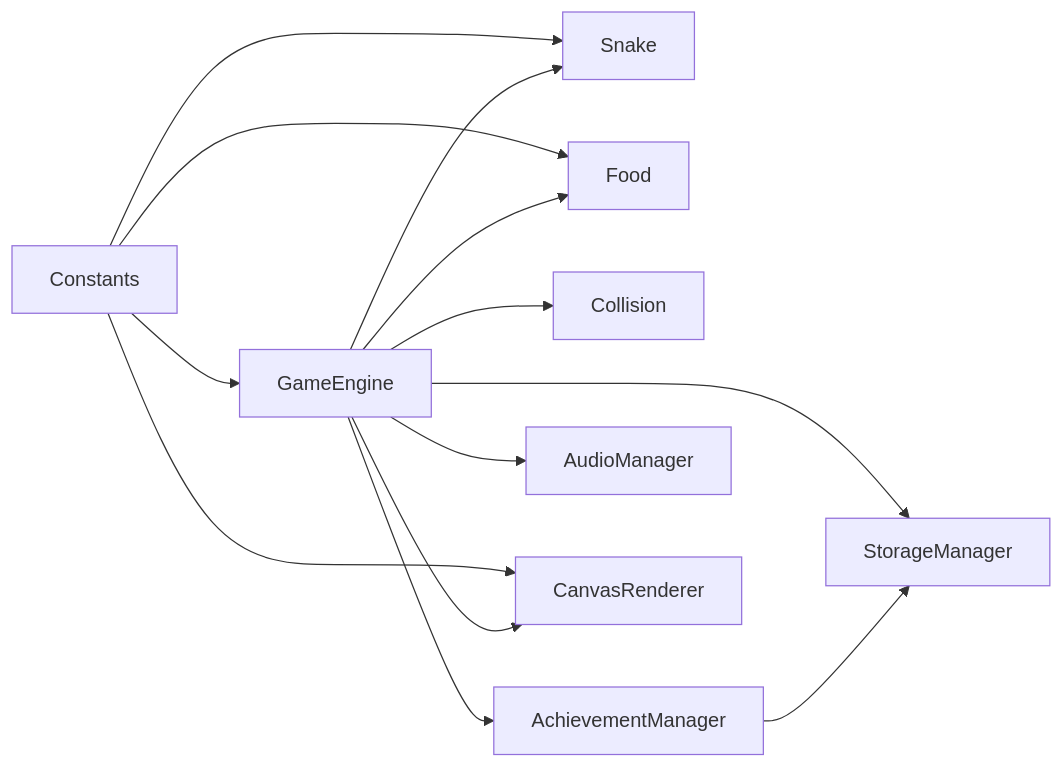
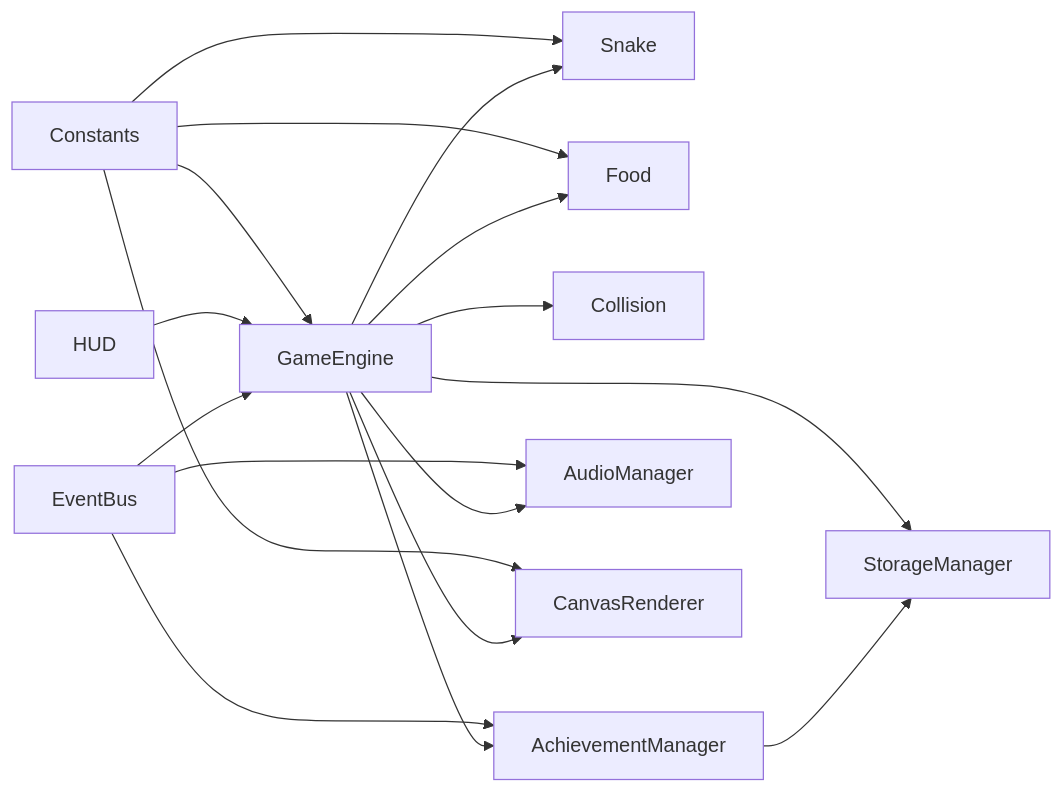
One commit to onebody/homework changed the seventh of 7 diagrams in .qoder/repowiki/zh/content/贪吃蛇游戏/游戏特性实现/游戏特性实现.md. Above: the diagram before and after it, drawn with Mermaid. The commit also changed other lines of this file and 15 other files, not shown here.

````diff
--- a/.qoder/repowiki/zh/content/贪吃蛇游戏/游戏特性实现/游戏特性实现.md
+++ b/.qoder/repowiki/zh/content/贪吃蛇游戏/游戏特性实现/游戏特性实现.md
@@ -303,15 +357,19 @@
 ```mermaid
 graph LR
 GE["GameEngine"] --> S["Snake"]
 GE --> F["Food"]
 GE --> C["Collision"]
 GE --> AM["AchievementManager"]
 GE --> AU["AudioManager"]
 AM --> SM["StorageManager"]
 GE --> SM
 GE --> AR["CanvasRenderer"]
+EB["EventBus"] --> GE
+EB --> AM
+EB --> AU
+HD["HUD"] --> GE
 CT["Constants"] --> GE
 CT --> S
 CT --> F
 CT --> AR
 ```
````
